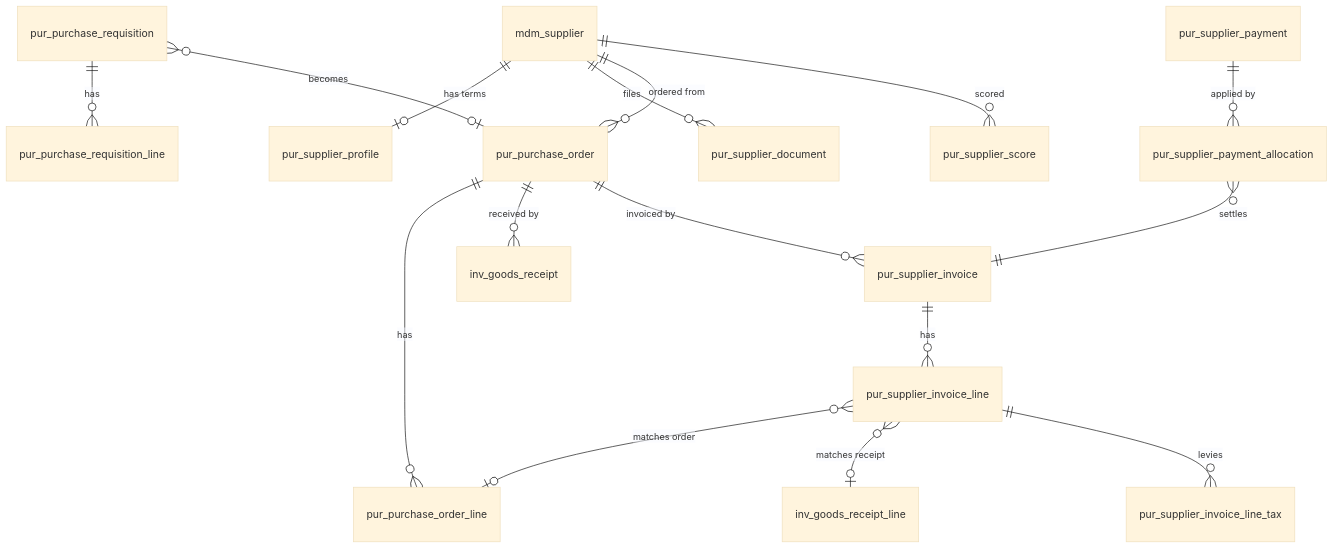
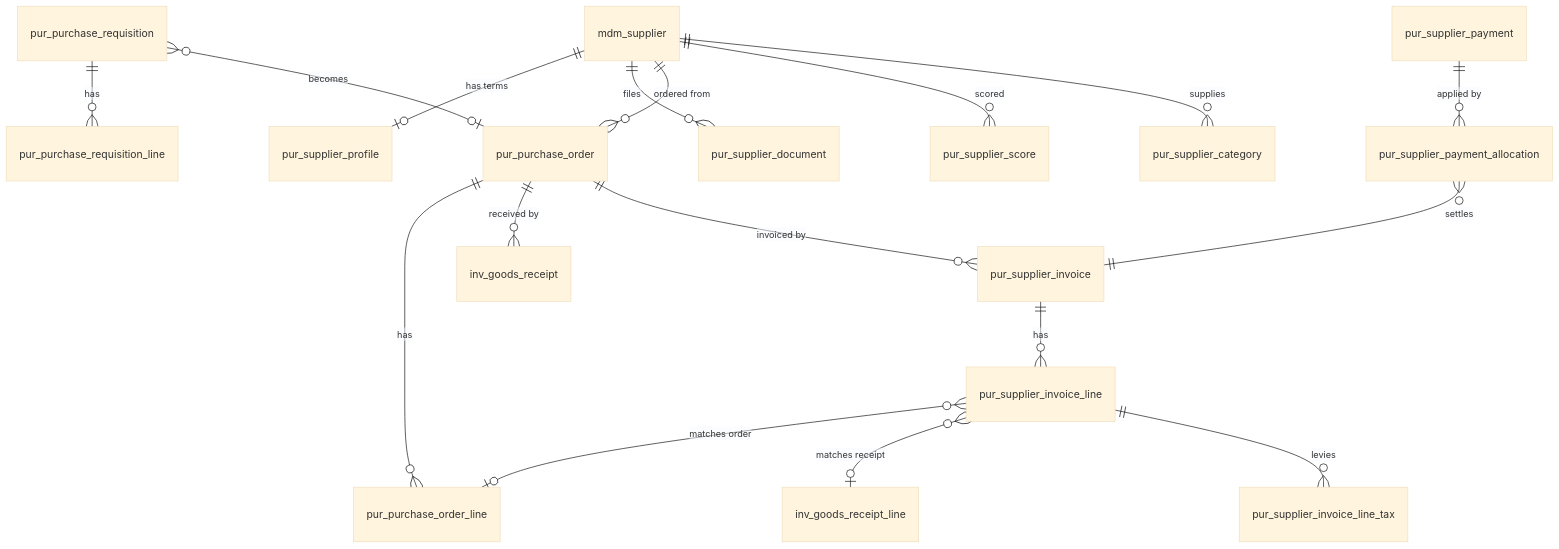
One commit to officialjwise/hakorem_farms_backend changed the third of 7 diagrams in docs/DATA_MODEL.md. Above: the diagram before and after it, drawn with Mermaid (base theme). The commit also changed other lines of this file, not shown here.

First line of the commit message:
docs(data-model): draw every table in the entity relationship diagrams

````diff
--- a/docs/DATA_MODEL.md
+++ b/docs/DATA_MODEL.md
@@ -537,18 +546,19 @@
 ```mermaid
 erDiagram
   mdm_supplier ||--o| pur_supplier_profile : "has terms"
   mdm_supplier ||--o{ pur_supplier_document : files
   pur_purchase_requisition ||--o{ pur_purchase_requisition_line : has
   pur_purchase_requisition }o--o| pur_purchase_order : "becomes"
   mdm_supplier ||--o{ pur_purchase_order : "ordered from"
   pur_purchase_order ||--o{ pur_purchase_order_line : has
   pur_purchase_order ||--o{ inv_goods_receipt : "received by"
   pur_purchase_order ||--o{ pur_supplier_invoice : "invoiced by"
   pur_supplier_invoice ||--o{ pur_supplier_invoice_line : has
   pur_supplier_invoice_line }o--o| pur_purchase_order_line : "matches order"
   pur_supplier_invoice_line }o--o| inv_goods_receipt_line : "matches receipt"
   pur_supplier_invoice_line ||--o{ pur_supplier_invoice_line_tax : "levies"
   pur_supplier_payment ||--o{ pur_supplier_payment_allocation : "applied by"
   pur_supplier_payment_allocation }o--|| pur_supplier_invoice : settles
   mdm_supplier ||--o{ pur_supplier_score : scored
+  mdm_supplier ||--o{ pur_supplier_category : supplies
 ```
````
